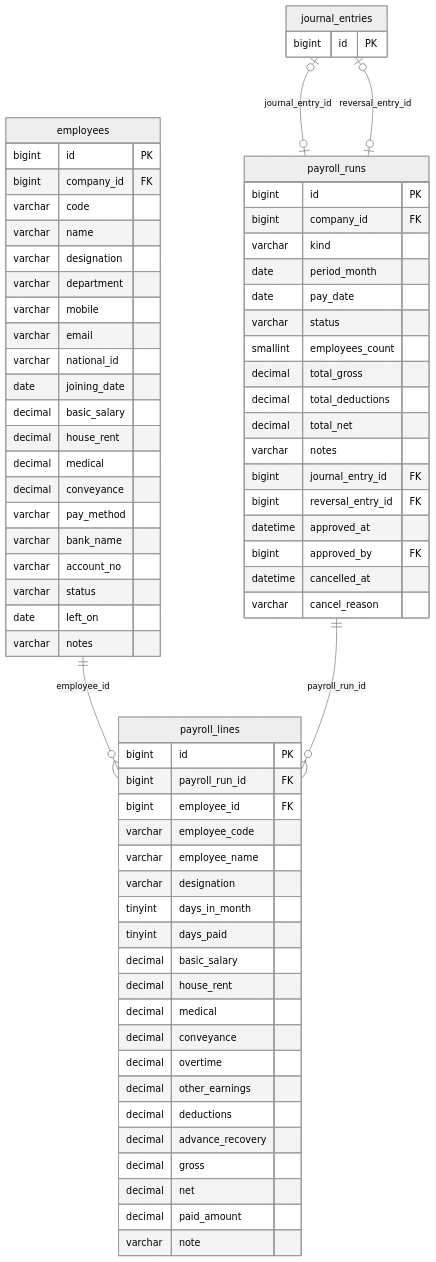
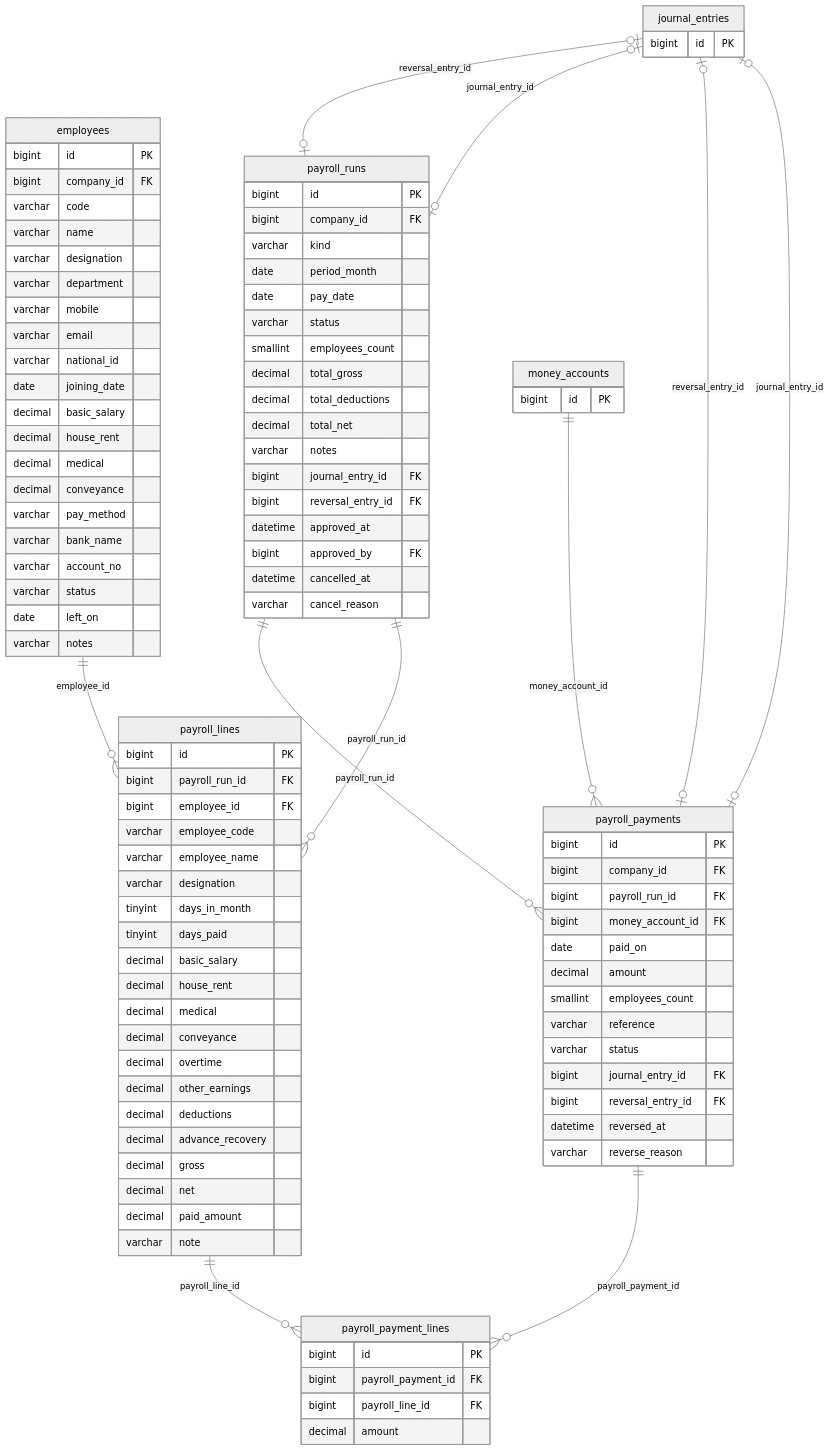
Diagram 11 of 11 in docs/04-Database-Design.md (Samin1362/Pluto-ERP-Project-Backend), drawn with Mermaid (neutral theme) before and after one commit. The commit also changed other lines of this file and 135 other files, not shown here.

````diff
--- a/docs/04-Database-Design.md
+++ b/docs/04-Database-Design.md
@@ -2051,11 +2051,41 @@
         decimal paid_amount
         varchar note
     }
+    payroll_payments {
+        bigint id PK
+        bigint company_id FK
+        bigint payroll_run_id FK
+        bigint money_account_id FK
+        date paid_on
+        decimal amount
+        smallint employees_count
+        varchar reference
+        varchar status
+        bigint journal_entry_id FK
+        bigint reversal_entry_id FK
+        datetime reversed_at
+        varchar reverse_reason
+    }
+    payroll_payment_lines {
+        bigint id PK
+        bigint payroll_payment_id FK
+        bigint payroll_line_id FK
+        decimal amount
+    }
     journal_entries {
         bigint id PK
     }
+    money_accounts {
+        bigint id PK
+    }
     employees ||--o{ payroll_lines : "employee_id"
+    journal_entries |o--o| payroll_payments : "journal_entry_id"
+    journal_entries |o--o| payroll_payments : "reversal_entry_id"
     journal_entries |o--o| payroll_runs : "journal_entry_id"
     journal_entries |o--o| payroll_runs : "reversal_entry_id"
+    money_accounts ||--o{ payroll_payments : "money_account_id"
+    payroll_lines ||--o{ payroll_payment_lines : "payroll_line_id"
+    payroll_payments ||--o{ payroll_payment_lines : "payroll_payment_id"
     payroll_runs ||--o{ payroll_lines : "payroll_run_id"
+    payroll_runs ||--o{ payroll_payments : "payroll_run_id"
 ```
````
